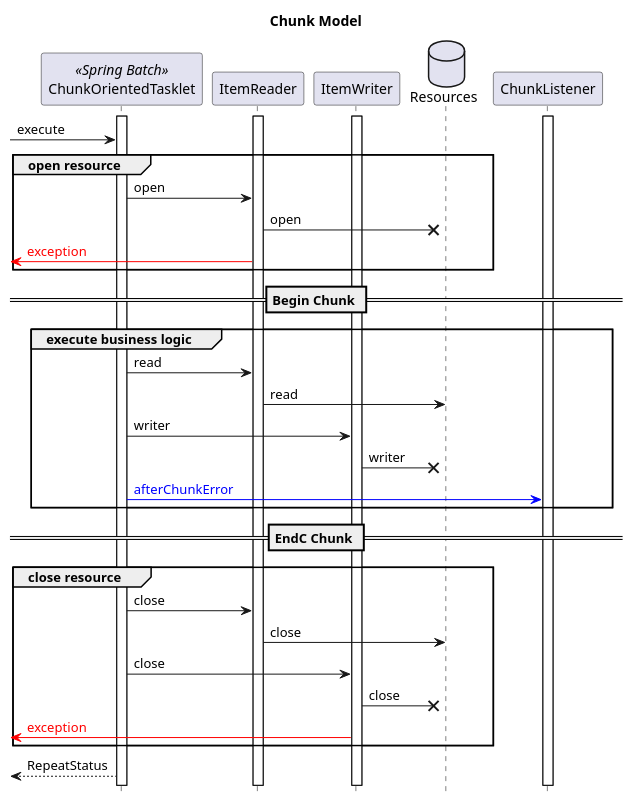
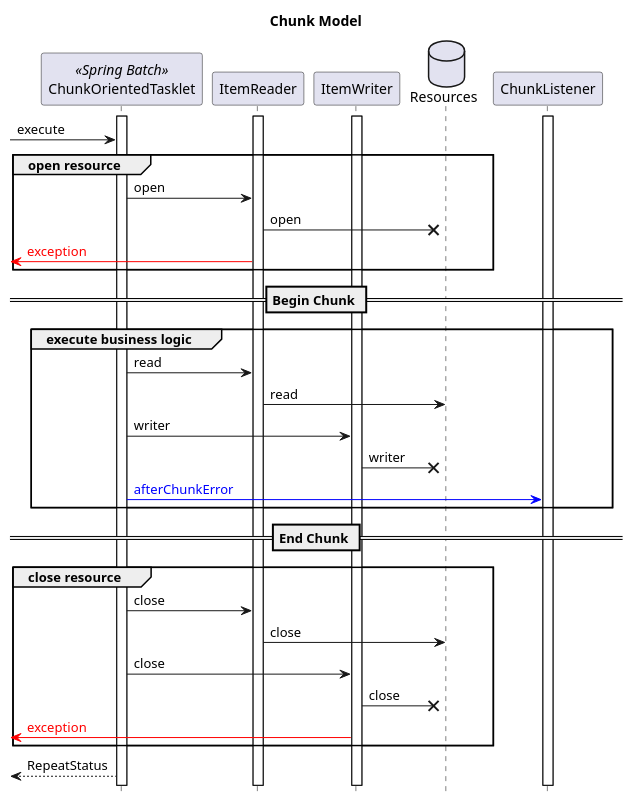
The diagram in src/main/asciidoc/images/ch06/ExceptionHandling/Ch06_ExceptionHandling_DiffTimingOpenResourceByChunkModel.pu (Macchinetta/batch-guideline), drawn with PlantUML before and after one commit. The commit also changed 110 other files, not shown here.

```diff
--- a/src/main/asciidoc/images/ch06/ExceptionHandling/Ch06_ExceptionHandling_DiffTimingOpenResourceByChunkModel.pu
+++ b/src/main/asciidoc/images/ch06/ExceptionHandling/Ch06_ExceptionHandling_DiffTimingOpenResourceByChunkModel.pu
@@ -1,80 +1,80 @@
 @startuml
 
 hide footbox
 
 title Chunk Model
 
 participant ChunkOrientedTasklet as chunkTasklet <<Spring Batch>>
 participant ItemReader as reader1
 participant ItemWriter as writer1
 database Resources as resource1
 participant ChunkListener
 
 activate chunkTasklet
 activate reader1
 activate writer1
 activate ChunkListener
 
 [->chunkTasklet : execute
 
 group open resource
   chunkTasklet -> reader1 : open
   reader1 -X resource1 : open
   reader1 -[#red]>[ : <font color="red">exception</font>
 end
 
 == Begin Chunk ==
 
 group execute business logic
   chunkTasklet -> reader1 : read
   reader1 -> resource1 : read
   chunkTasklet -> writer1 : writer
   writer1 -X resource1 : writer
   chunkTasklet -[#blue]> ChunkListener : <font color="blue">afterChunkError</font>
 end
 
-== EndC Chunk ==
+== End Chunk ==
 
 group close resource
   chunkTasklet -> reader1 : close
   reader1 -> resource1 : close
   chunkTasklet -> writer1 : close
   writer1 -X resource1 : close
   writer1 -[#red]>[ : <font color="red">exception</font>
 end
 
 chunkTasklet -->[ : RepeatStatus
 
 'Set styles such as format and color of each figure
 skinparam Note {
   BackgroundColor #b1f8fa
   BorderColor black
 }
 
 skinparam Class {
   BorderColor black
   ArrowColor black
 }
 
 skinparam Sequence {
   BorderColor black
   ActorBorderColor black
   ArrowColor black
   LifeLineBorderColor black
   BoxLineColor black
   ParticipantBorderColor black
 }
 
 skinparam componentStyle uml2
 
 skinparam Component {
   BorderColor black
   ArrowColor black
 }
 
 skinparam Interface {
   BorderColor black
   ArrowColor black
 }
 
 @enduml
```
